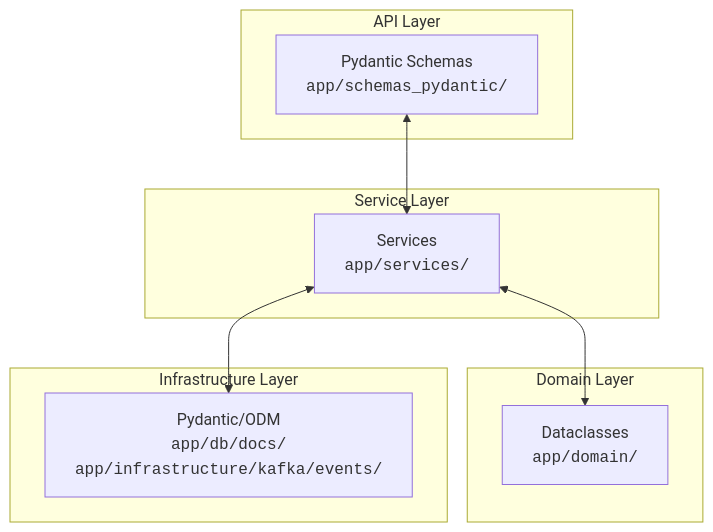
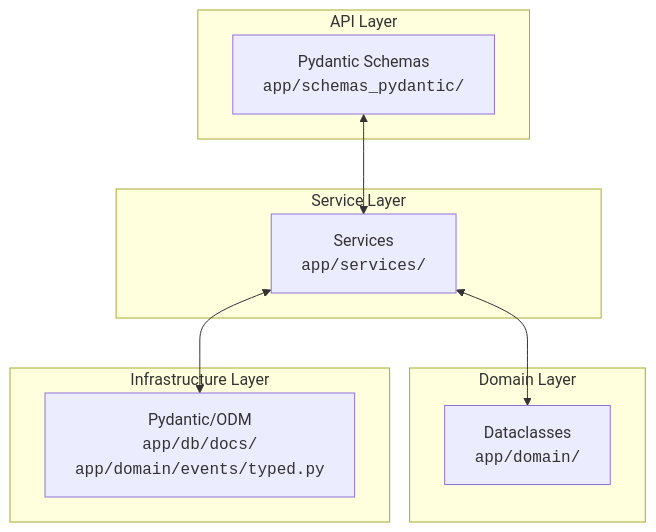
One commit to HardMax71/Integr8sCode changed the diagram in docs/architecture/model-conversion.md. Above: the diagram before and after it, drawn with Mermaid. The commit also changed 132 other files, not shown here.

First line of the commit message:
2 events system (domain, avro) -> single one (#84)

````diff
--- a/docs/architecture/model-conversion.md
+++ b/docs/architecture/model-conversion.md
@@ -13,22 +13,22 @@
 ```mermaid
 graph TB
     subgraph "API Layer"
         API["Pydantic Schemas<br/><code>app/schemas_pydantic/</code>"]
     end
 
     subgraph "Service Layer"
         SVC["Services<br/><code>app/services/</code>"]
     end
 
     subgraph "Domain Layer"
         DOM["Dataclasses<br/><code>app/domain/</code>"]
     end
 
     subgraph "Infrastructure Layer"
-        INF["Pydantic/ODM<br/><code>app/db/docs/</code><br/><code>app/infrastructure/kafka/events/</code>"]
+        INF["Pydantic/ODM<br/><code>app/db/docs/</code><br/><code>app/domain/events/typed.py</code>"]
     end
 
     API <--> SVC
     SVC <--> DOM
     SVC <--> INF
 ```
````
